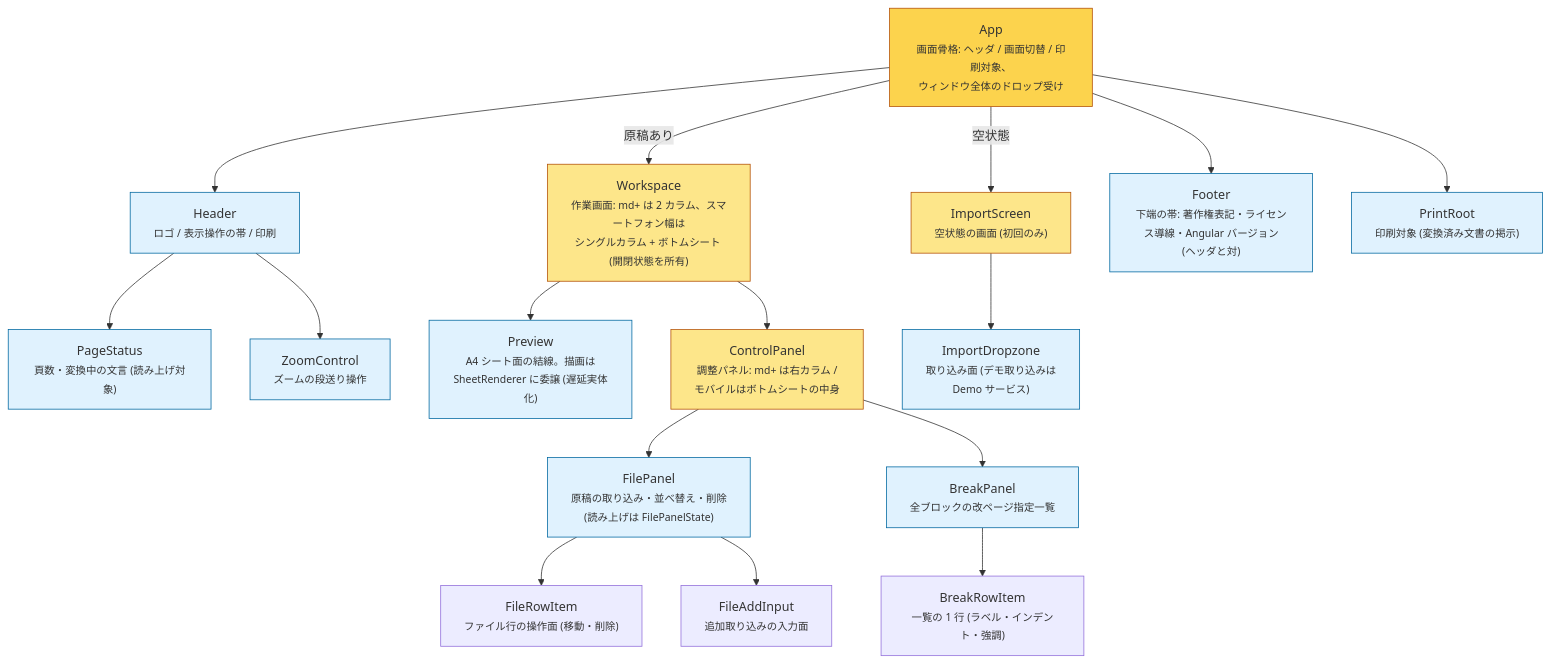
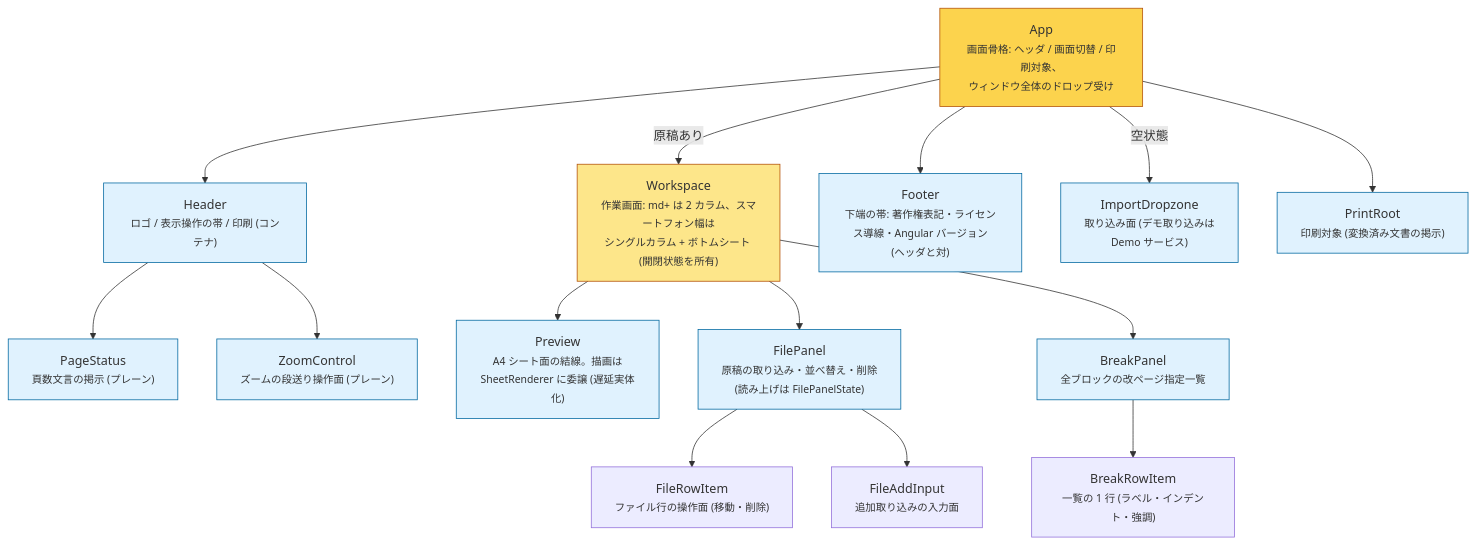
Before and after one commit to lacolaco/printmd: the diagram in docs/component-tree.md, drawn with Mermaid. The commit also changed other lines of this file and 32 other files, not shown here.

````diff
--- a/docs/component-tree.md
+++ b/docs/component-tree.md
@@ -6,42 +6,38 @@
 ```mermaid
 flowchart TB
   APP["App<br/><small>画面骨格: ヘッダ / 画面切替 / 印刷対象、<br/>ウィンドウ全体のドロップ受け</small>"]
-  HEADER["Header<br/><small>ロゴ / 表示操作の帯 / 印刷</small>"]
-  STATUS["PageStatus<br/><small>頁数・変換中の文言 (読み上げ対象)</small>"]
-  ZOOMC["ZoomControl<br/><small>ズームの段送り操作</small>"]
+  HEADER["Header<br/><small>ロゴ / 表示操作の帯 / 印刷 (コンテナ)</small>"]
+  STATUS["PageStatus<br/><small>頁数文言の掲示 (プレーン)</small>"]
+  ZOOMC["ZoomControl<br/><small>ズームの段送り操作面 (プレーン)</small>"]
   WS["Workspace<br/><small>作業画面: md+ は 2 カラム、スマートフォン幅は<br/>シングルカラム + ボトムシート (開閉状態を所有)</small>"]
-  IMPORT["ImportScreen<br/><small>空状態の画面 (初回のみ)</small>"]
   PREVIEW["Preview<br/><small>A4 シート面の結線。描画は<br/>SheetRenderer に委譲 (遅延実体化)</small>"]
-  PANEL["ControlPanel<br/><small>調整パネル: md+ は右カラム /<br/>モバイルはボトムシートの中身</small>"]
   FILEP["FilePanel<br/><small>原稿の取り込み・並べ替え・削除<br/>(読み上げは FilePanelState)</small>"]
   BREAKP["BreakPanel<br/><small>全ブロックの改ページ指定一覧</small>"]
   BREAKROW["BreakRowItem<br/><small>一覧の 1 行 (ラベル・インデント・強調)</small>"]
   FILEROW["FileRowItem<br/><small>ファイル行の操作面 (移動・削除)</small>"]
   FILEADD["FileAddInput<br/><small>追加取り込みの入力面</small>"]
   FOOTER["Footer<br/><small>下端の帯: 著作権表記・ライセンス導線・Angular バージョン<br/>(ヘッダと対)</small>"]
   DROP["ImportDropzone<br/><small>取り込み面 (デモ取り込みは<br/>Demo サービス)</small>"]
   PRINT["PrintRoot<br/><small>印刷対象 (変換済み文書の掲示)</small>"]
 
   APP --> HEADER
   HEADER --> STATUS
   HEADER --> ZOOMC
   APP --> FOOTER
   APP -->|"原稿あり"| WS
-  APP -->|"空状態"| IMPORT
+  APP -->|"空状態"| DROP
   APP --> PRINT
   WS --> PREVIEW
-  WS --> PANEL
-  PANEL --> FILEP
-  PANEL --> BREAKP
+  WS --> FILEP
+  WS --> BREAKP
   BREAKP --> BREAKROW
   FILEP --> FILEROW
   FILEP --> FILEADD
-  IMPORT --> DROP
 
   classDef shell fill:#fcd34d,stroke:#b45309
   classDef layout fill:#fde68a,stroke:#b45309
   classDef leaf fill:#e0f2fe,stroke:#0369a1
   class APP shell
-  class WS,PANEL,IMPORT layout
+  class WS layout
   class HEADER,STATUS,ZOOMC,PREVIEW,FILEP,BREAKP,FOOTER,DROP,PRINT leaf
 ```
````
